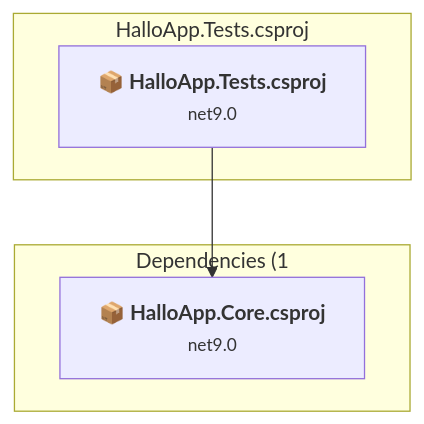
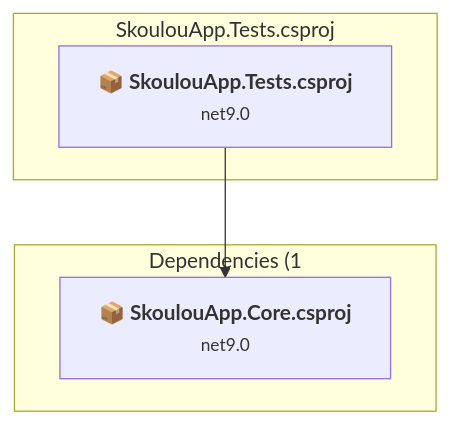
One commit to TabloSuite/TabloSuiteRepo changed the third of 4 diagrams in .github/upgrades/scenarios/dotnet-version-upgrade/assessment.md. Above: the diagram before and after it, drawn with Mermaid. The commit also changed other lines of this file and 415 other files, not shown here.

````diff
--- a/.github/upgrades/scenarios/dotnet-version-upgrade/assessment.md
+++ b/.github/upgrades/scenarios/dotnet-version-upgrade/assessment.md
@@ -191,13 +191,13 @@
 ```mermaid
 flowchart TB
-    subgraph current["HalloApp.Tests.csproj"]
-        MAIN["<b>📦&nbsp;HalloApp.Tests.csproj</b><br/><small>net9.0</small>"]
-        click MAIN "#halloapptestshalloapptestscsproj"
+    subgraph current["SkoulouApp.Tests.csproj"]
+        MAIN["<b>📦&nbsp;SkoulouApp.Tests.csproj</b><br/><small>net9.0</small>"]
+        click MAIN "#skoulouapptestsskoulouapptestscsproj"
     end
     subgraph downstream["Dependencies (1"]
-        P1["<b>📦&nbsp;HalloApp.Core.csproj</b><br/><small>net9.0</small>"]
-        click P1 "#halloappcorehalloappcorecsproj"
+        P1["<b>📦&nbsp;SkoulouApp.Core.csproj</b><br/><small>net9.0</small>"]
+        click P1 "#skoulouappcoreskoulouappcorecsproj"
     end
     MAIN --> P1
 
 ```
````
